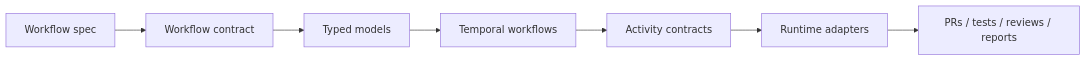
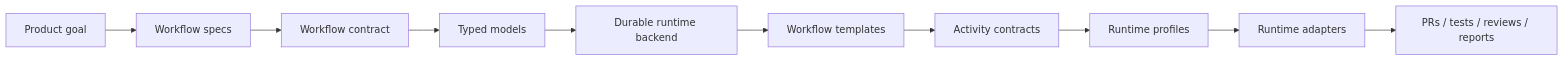
Before and after one commit to el-zachariah/el-zachariahs-drivers: the second of 2 diagrams in docs/architecture.md, drawn with Mermaid. The commit also changed other lines of this file and 6 other files, not shown here.

````diff
--- a/docs/architecture.md
+++ b/docs/architecture.md
@@ -49,9 +54,12 @@
 ```mermaid
 flowchart LR
-  Spec[Workflow spec] --> Contract[Workflow contract]
+  ProductGoal[Product goal] --> Spec[Workflow specs]
+  Spec --> Contract[Workflow contract]
   Contract --> Models[Typed models]
-  Models --> Workflows[Temporal workflows]
+  Models --> Runtime[Durable runtime backend]
+  Runtime --> Workflows[Workflow templates]
   Workflows --> Activities[Activity contracts]
-  Activities --> Adapters[Runtime adapters]
+  Activities --> Profiles[Runtime profiles]
+  Profiles --> Adapters[Runtime adapters]
   Adapters --> Evidence[PRs / tests / reviews / reports]
 ```
````
